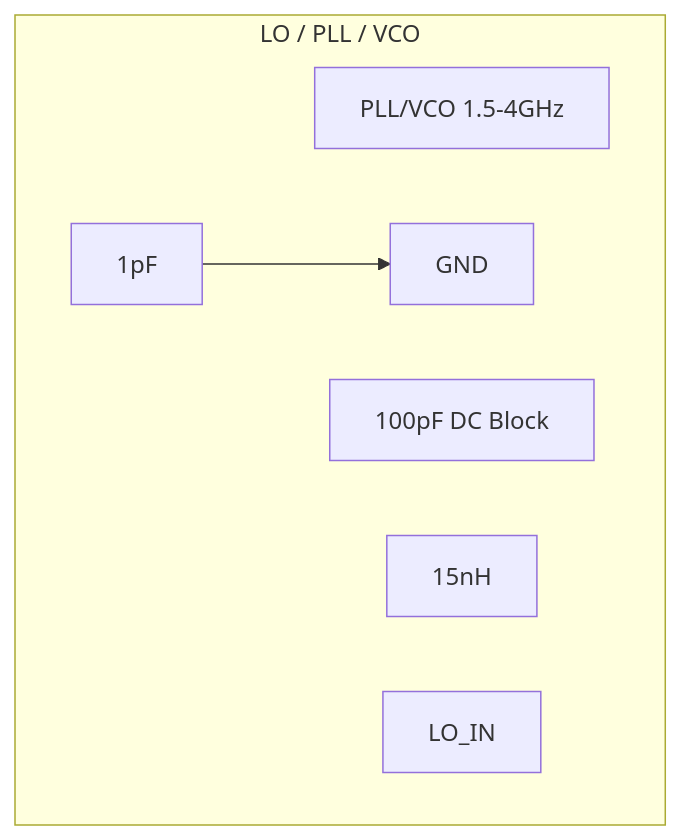
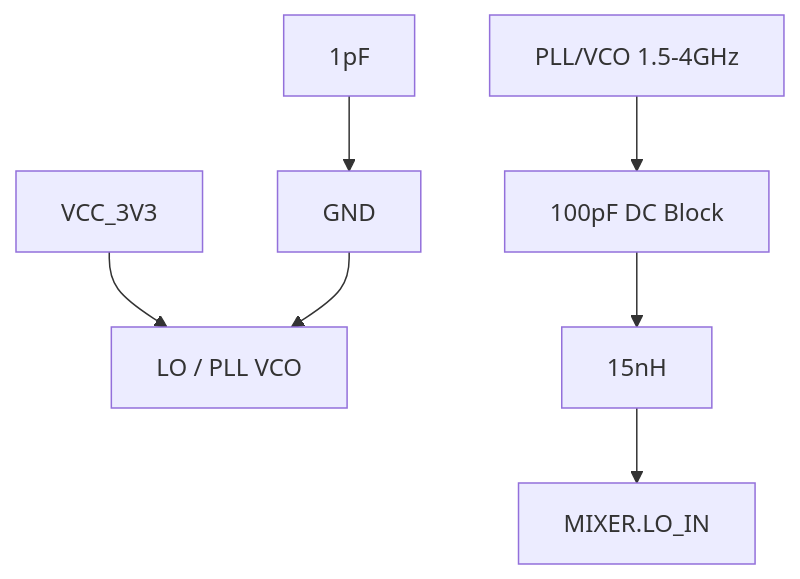
The fourth of 7 diagrams in Squemas/subdivisões/RF/diagrama de conexão.md (morteerror404/Goitaca-Hacker-HUB), drawn with Mermaid before and after one commit. The commit also changed other lines of this file, not shown here.

````diff
--- a/Squemas/subdivisões/RF/diagrama de conexão.md
+++ b/Squemas/subdivisões/RF/diagrama de conexão.md
@@ -60,11 +90,10 @@
 ```mermaid
-%% -------------------- Módulo LO --------------------
 graph TD
-    subgraph LO_Module["LO / PLL / VCO"]
-        PLL["PLL/VCO 1.5-4GHz"]
-        C_LO["100pF DC Block"]
-        L_LO["15nH"]
-        LO_IN["LO_IN"]
-        C_GND["1pF"] --> GND
-    end
+    LO["LO / PLL VCO"]
+    VCC_3V3 --> LO
+    GND --> LO
+
+    %% Componentes de acoplamento
+    PLL["PLL/VCO 1.5-4GHz"] --> C_LO["100pF DC Block"] --> L_LO["15nH"] --> MIXER.LO_IN
+    C_GND["1pF"] --> GND
 ```
````
